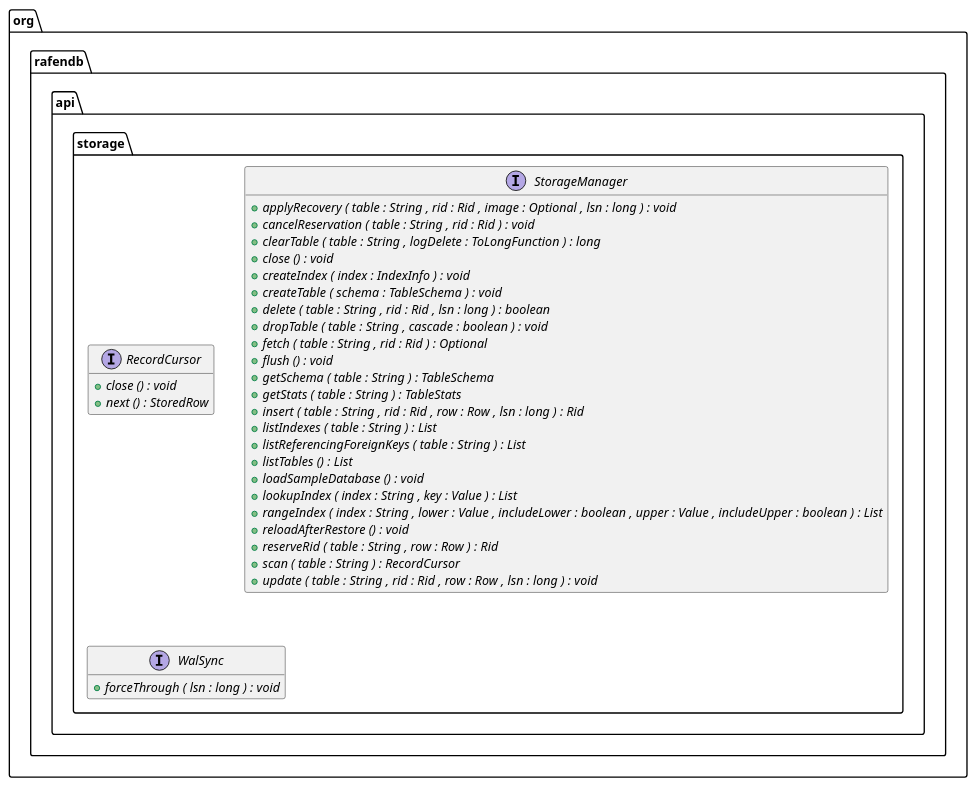
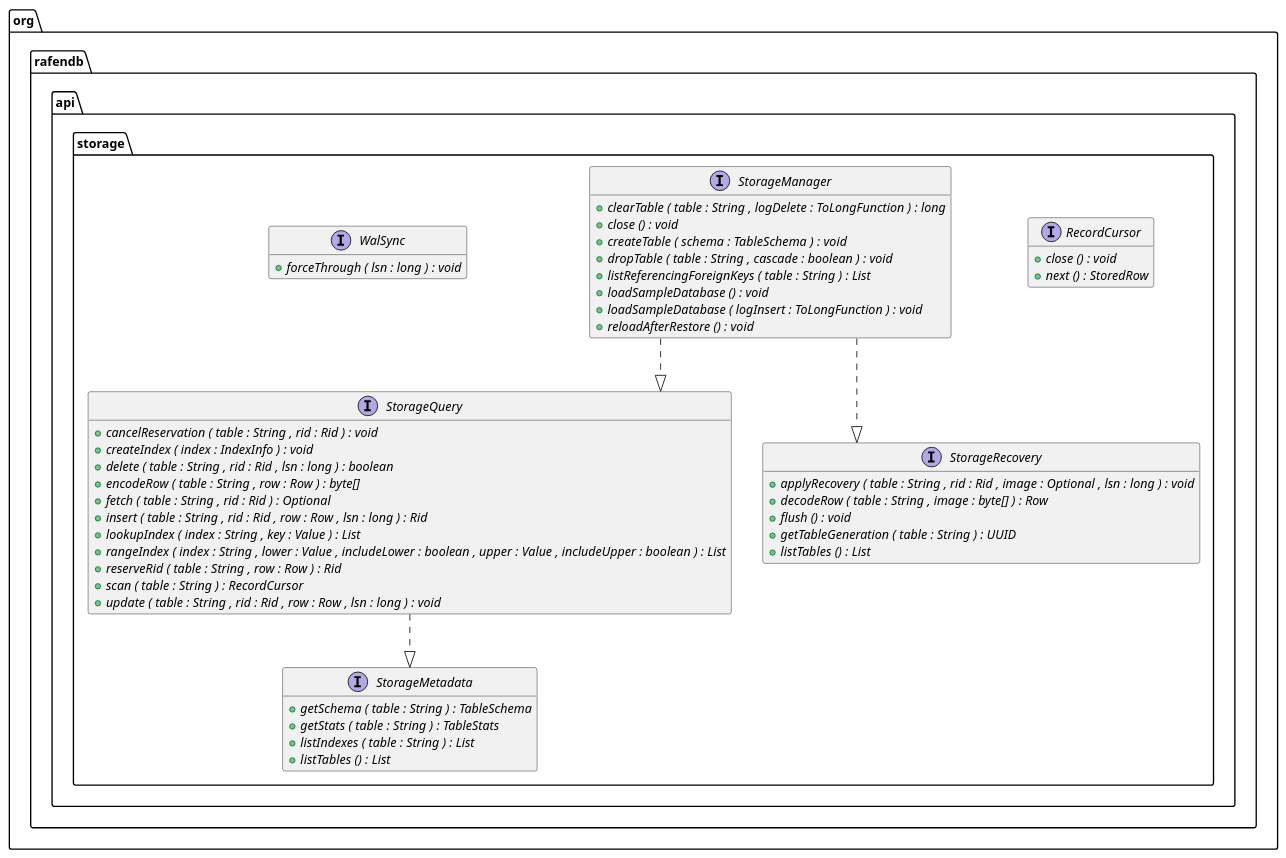
One commit to m-akma1/rafendb changed the diagram in docs/generated/api/api-storage.puml. Above: the diagram before and after it, drawn with PlantUML. The commit also changed 29 other files, not shown here.

Commit message:
refactor(sm): segregate storage contracts for query and recovery

```diff
--- a/docs/generated/api/api-storage.puml
+++ b/docs/generated/api/api-storage.puml
@@ -1,50 +1,70 @@
 @startuml
 
 set namespaceSeparator .
 hide empty members
 skinparam linetype ortho
 
 
 interface org.rafendb.api.storage.RecordCursor {
 	{method}  {abstract} +close () : void
 	{method}  {abstract} +next () : StoredRow
 }
 
 
 interface org.rafendb.api.storage.StorageManager {
-	{method}  {abstract} +applyRecovery ( table : String , rid : Rid , image : Optional , lsn : long ) : void
-	{method}  {abstract} +cancelReservation ( table : String , rid : Rid ) : void
 	{method}  {abstract} +clearTable ( table : String , logDelete : ToLongFunction ) : long
 	{method}  {abstract} +close () : void
-	{method}  {abstract} +createIndex ( index : IndexInfo ) : void
 	{method}  {abstract} +createTable ( schema : TableSchema ) : void
-	{method}  {abstract} +delete ( table : String , rid : Rid , lsn : long ) : boolean
 	{method}  {abstract} +dropTable ( table : String , cascade : boolean ) : void
-	{method}  {abstract} +fetch ( table : String , rid : Rid ) : Optional
-	{method}  {abstract} +flush () : void
+	{method}  {abstract} +listReferencingForeignKeys ( table : String ) : List
+	{method}  {abstract} +loadSampleDatabase () : void
+	{method}  {abstract} +loadSampleDatabase ( logInsert : ToLongFunction ) : void
+	{method}  {abstract} +reloadAfterRestore () : void
+}
+
+
+interface org.rafendb.api.storage.StorageMetadata {
 	{method}  {abstract} +getSchema ( table : String ) : TableSchema
 	{method}  {abstract} +getStats ( table : String ) : TableStats
+	{method}  {abstract} +listIndexes ( table : String ) : List
+	{method}  {abstract} +listTables () : List
+}
+
+
+interface org.rafendb.api.storage.StorageQuery {
+	{method}  {abstract} +cancelReservation ( table : String , rid : Rid ) : void
+	{method}  {abstract} +createIndex ( index : IndexInfo ) : void
+	{method}  {abstract} +delete ( table : String , rid : Rid , lsn : long ) : boolean
+	{method}  {abstract} +encodeRow ( table : String , row : Row ) : byte[]
+	{method}  {abstract} +fetch ( table : String , rid : Rid ) : Optional
 	{method}  {abstract} +insert ( table : String , rid : Rid , row : Row , lsn : long ) : Rid
-	{method}  {abstract} +listIndexes ( table : String ) : List
-	{method}  {abstract} +listReferencingForeignKeys ( table : String ) : List
-	{method}  {abstract} +listTables () : List
-	{method}  {abstract} +loadSampleDatabase () : void
 	{method}  {abstract} +lookupIndex ( index : String , key : Value ) : List
 	{method}  {abstract} +rangeIndex ( index : String , lower : Value , includeLower : boolean , upper : Value , includeUpper : boolean ) : List
-	{method}  {abstract} +reloadAfterRestore () : void
 	{method}  {abstract} +reserveRid ( table : String , row : Row ) : Rid
 	{method}  {abstract} +scan ( table : String ) : RecordCursor
 	{method}  {abstract} +update ( table : String , rid : Rid , row : Row , lsn : long ) : void
+}
+
+
+interface org.rafendb.api.storage.StorageRecovery {
+	{method}  {abstract} +applyRecovery ( table : String , rid : Rid , image : Optional , lsn : long ) : void
+	{method}  {abstract} +decodeRow ( table : String , image : byte[] ) : Row
+	{method}  {abstract} +flush () : void
+	{method}  {abstract} +getTableGeneration ( table : String ) : UUID
+	{method}  {abstract} +listTables () : List
 }
 
 
 interface org.rafendb.api.storage.WalSync {
 	{method}  {abstract} +forceThrough ( lsn : long ) : void
 }
 
 
 
 
+org.rafendb.api.storage.StorageManager ..|>  org.rafendb.api.storage.StorageQuery
+org.rafendb.api.storage.StorageManager ..|>  org.rafendb.api.storage.StorageRecovery
+org.rafendb.api.storage.StorageQuery ..|>  org.rafendb.api.storage.StorageMetadata
 
 
 @enduml
```
